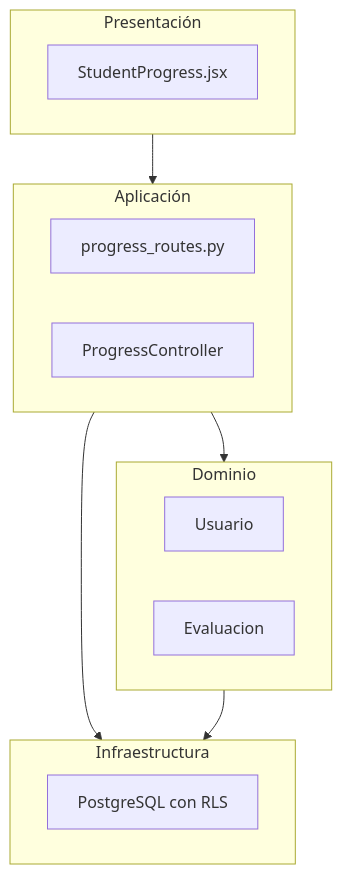
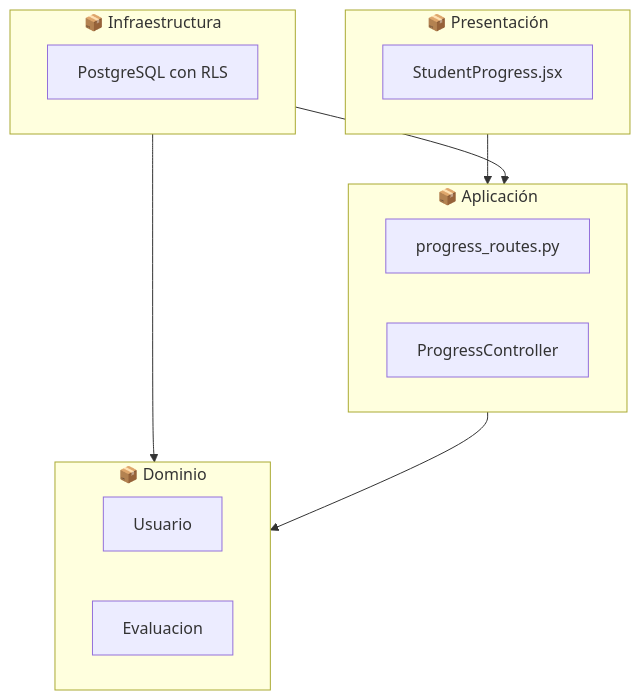
Before and after one commit to Tsmrain/JiuJitsu: diagram 21 of 37 in docs/ProyectoGrado.md, drawn with Mermaid. The commit also changed other lines of this file and 17 other files, not shown here.

````diff
--- a/docs/ProyectoGrado.md
+++ b/docs/ProyectoGrado.md
@@ -2255,22 +2171,22 @@
 ```mermaid
 graph TD
-    subgraph Presentacion ["Presentación"]
+    subgraph Presentacion ["📦 Presentación"]
         ProgView["StudentProgress.jsx"]
     end
-    subgraph Aplicacion ["Aplicación"]
+    subgraph Aplicacion ["📦 Aplicación"]
         ProgRoutes["progress_routes.py"]
         ProgCtrl["ProgressController"]
     end
-    subgraph Dominio ["Dominio"]
+    subgraph Dominio ["📦 Dominio"]
         EntUsuario["Usuario"]
         EntEvaluacion["Evaluacion"]
     end
-    subgraph Infraestructura ["Infraestructura"]
+    subgraph Infraestructura ["📦 Infraestructura"]
         Postgres["PostgreSQL con RLS"]
     end
 
     Presentacion --> Aplicacion
+    Infraestructura --> Aplicacion
+    Infraestructura --> Dominio
     Aplicacion --> Dominio
-    Aplicacion --> Infraestructura
-    Dominio --> Infraestructura
 ```
````
